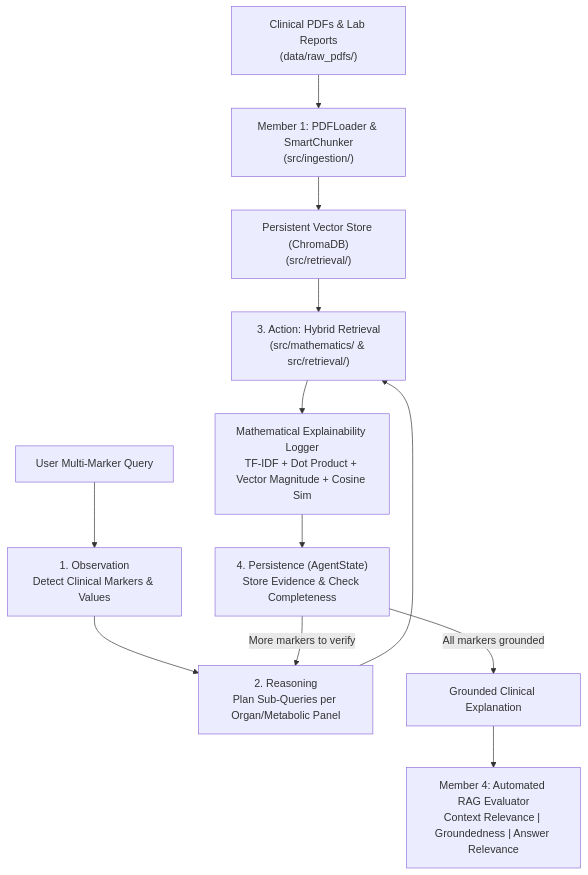
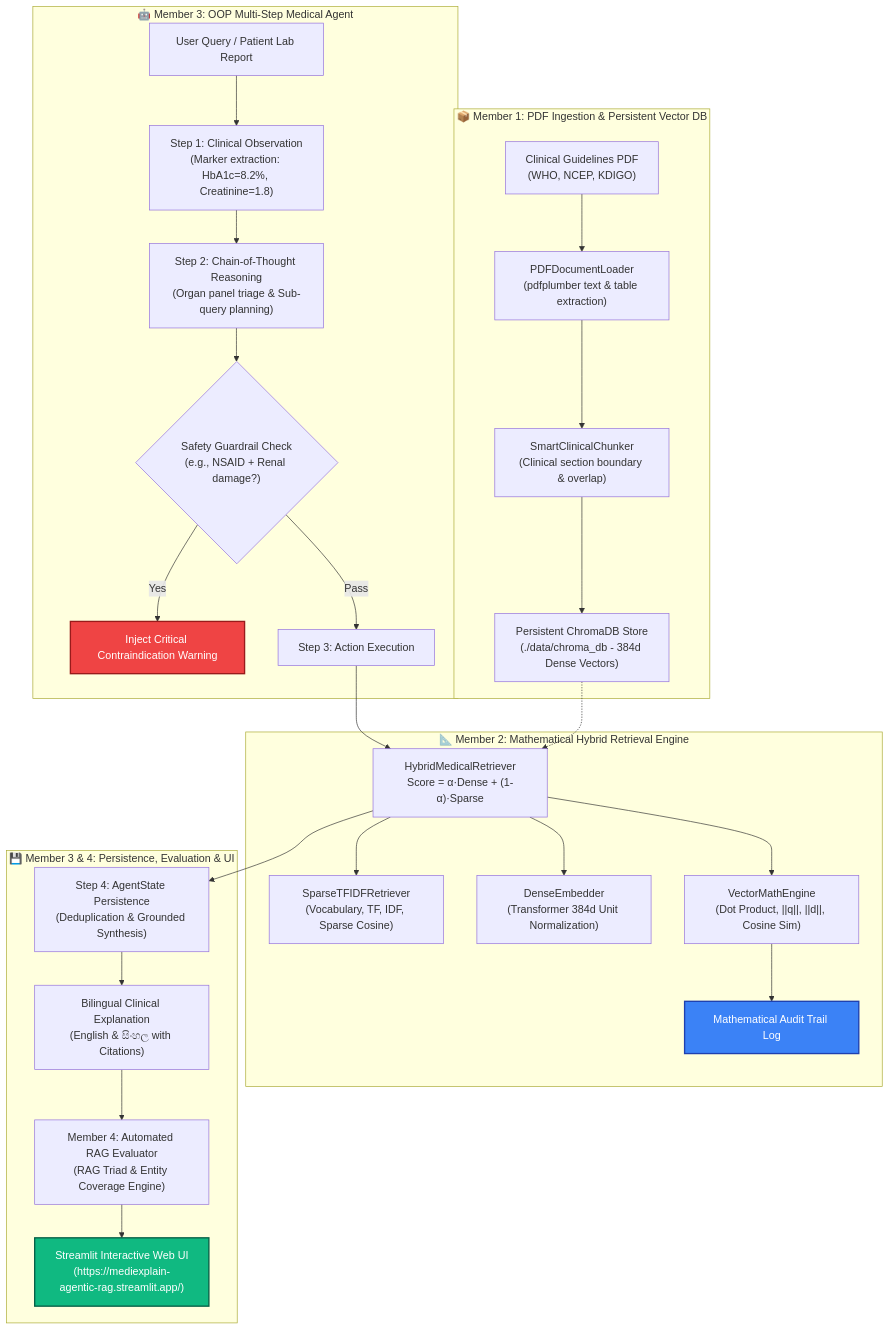
Before and after one commit to adeeshachathurmina-ux/Mediexplain-agentic-rag: the diagram in README.md, drawn with Mermaid. The commit also changed other lines of this file, not shown here.

Commit message:
Elevate README.md to production open-source standard with badges, architecture diagrams, benchmark tables, and math equations

````diff
--- a/README.md
+++ b/README.md
@@ -23,16 +54,36 @@
 ```mermaid
 flowchart TD
-    PDF["Clinical PDFs & Lab Reports\n(data/raw_pdfs/)"] --> Ingest["Member 1: PDFLoader & SmartChunker\n(src/ingestion/)"]
-    Ingest --> Chroma["Persistent Vector Store (ChromaDB)\n(src/retrieval/)"]
-    
-    User["User Multi-Marker Query"] --> Obs["1. Observation\nDetect Clinical Markers & Values"]
-    Obs --> Reason["2. Reasoning\nPlan Sub-Queries per Organ/Metabolic Panel"]
-    Reason --> Act["3. Action: Hybrid Retrieval\n(src/mathematics/ & src/retrieval/)"]
-    
-    Chroma --> Act
-    Act --> Math["Mathematical Explainability Logger\nTF-IDF + Dot Product + Vector Magnitude + Cosine Sim"]
-    Math --> Persist["4. Persistence (AgentState)\nStore Evidence & Check Completeness"]
-    Persist -- "More markers to verify" --> Reason
-    Persist -- "All markers grounded" --> Synth["Grounded Clinical Explanation"]
-    Synth --> Eval["Member 4: Automated RAG Evaluator\nContext Relevance | Groundedness | Answer Relevance"]
+    subgraph Ingestion["📦 Member 1: PDF Ingestion & Persistent Vector DB"]
+        P1["Clinical Guidelines PDF\n(WHO, NCEP, KDIGO)"] --> Loader["PDFDocumentLoader\n(pdfplumber text & table extraction)"]
+        Loader --> Chunker["SmartClinicalChunker\n(Clinical section boundary & overlap)"]
+        Chunker --> Chroma["Persistent ChromaDB Store\n(./data/chroma_db - 384d Dense Vectors)"]
+    end
+
+    subgraph Perception["🤖 Member 3: OOP Multi-Step Medical Agent"]
+        UserQ["User Query / Patient Lab Report"] --> Obs["Step 1: Clinical Observation\n(Marker extraction: HbA1c=8.2%, Creatinine=1.8)"]
+        Obs --> CoT["Step 2: Chain-of-Thought Reasoning\n(Organ panel triage & Sub-query planning)"]
+        CoT --> Safety{"Safety Guardrail Check\n(e.g., NSAID + Renal damage?)"}
+        Safety -- Yes --> Warning["Inject Critical Contraindication Warning"]
+        Safety -- Pass --> Act["Step 3: Action Execution"]
+    end
+
+    subgraph Retrieval["📐 Member 2: Mathematical Hybrid Retrieval Engine"]
+        Act --> Hybrid["HybridMedicalRetriever\nScore = α·Dense + (1-α)·Sparse"]
+        Chroma -.-> Hybrid
+        Hybrid --> Sparse["SparseTFIDFRetriever\n(Vocabulary, TF, IDF, Sparse Cosine)"]
+        Hybrid --> Dense["DenseEmbedder\n(Transformer 384d Unit Normalization)"]
+        Hybrid --> MathEngine["VectorMathEngine\n(Dot Product, ||q||, ||d||, Cosine Sim)"]
+        MathEngine --> MathAudit["Mathematical Audit Trail Log"]
+    end
+
+    subgraph Synthesis["💾 Member 3 & 4: Persistence, Evaluation & UI"]
+        Hybrid --> Persist["Step 4: AgentState Persistence\n(Deduplication & Grounded Synthesis)"]
+        Persist --> Synth["Bilingual Clinical Explanation\n(English & සිංහල with Citations)"]
+        Synth --> Eval["Member 4: Automated RAG Evaluator\n(RAG Triad & Entity Coverage Engine)"]
+        Eval --> StreamlitUI["Streamlit Interactive Web UI\n(https://mediexplain-agentic-rag.streamlit.app/)"]
+    end
+
+    style StreamlitUI fill:#10B981,stroke:#065F46,stroke-width:2px,color:#fff
+    style Warning fill:#EF4444,stroke:#991B1B,stroke-width:2px,color:#fff
+    style MathAudit fill:#3B82F6,stroke:#1E40AF,stroke-width:2px,color:#fff
 ```
````
